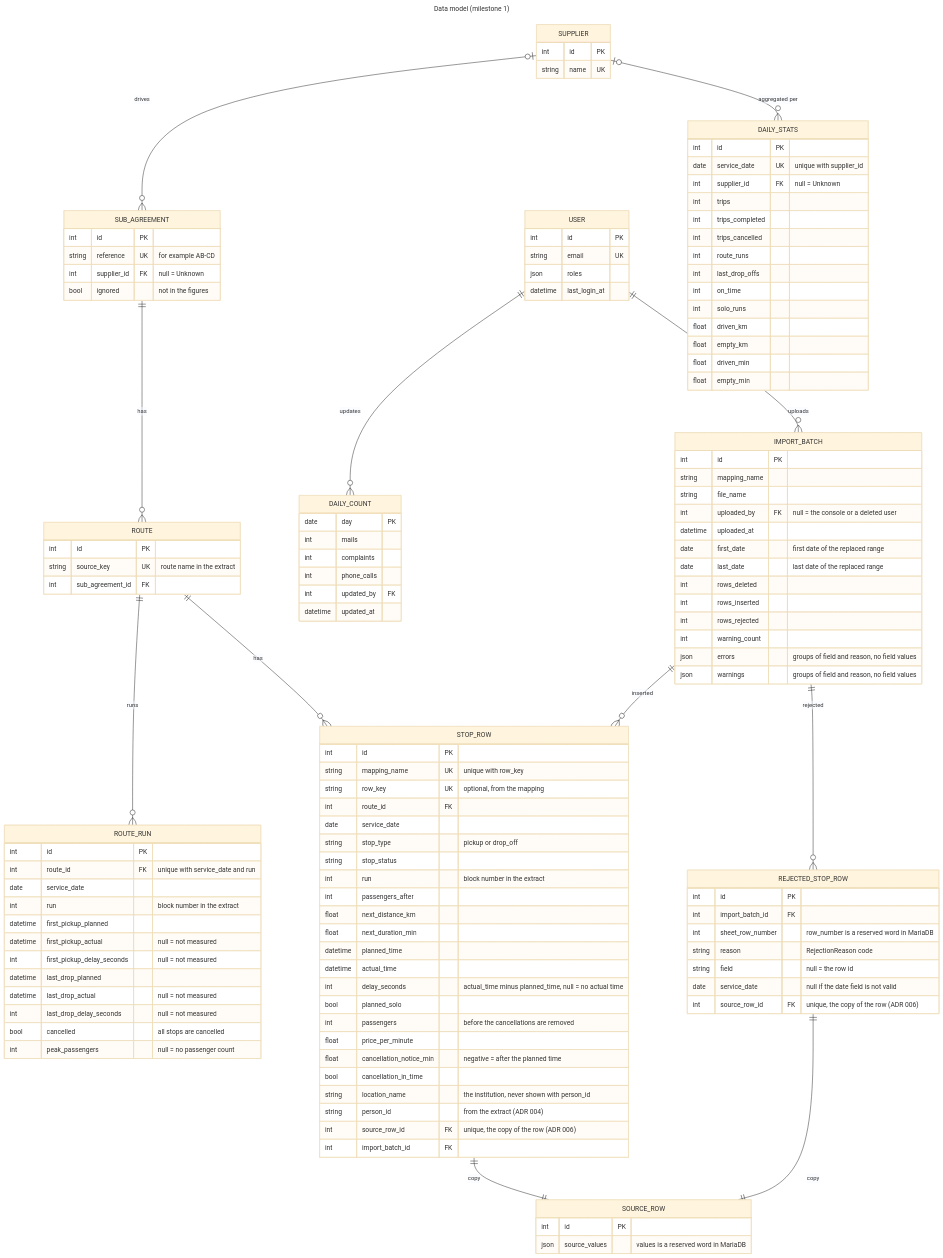
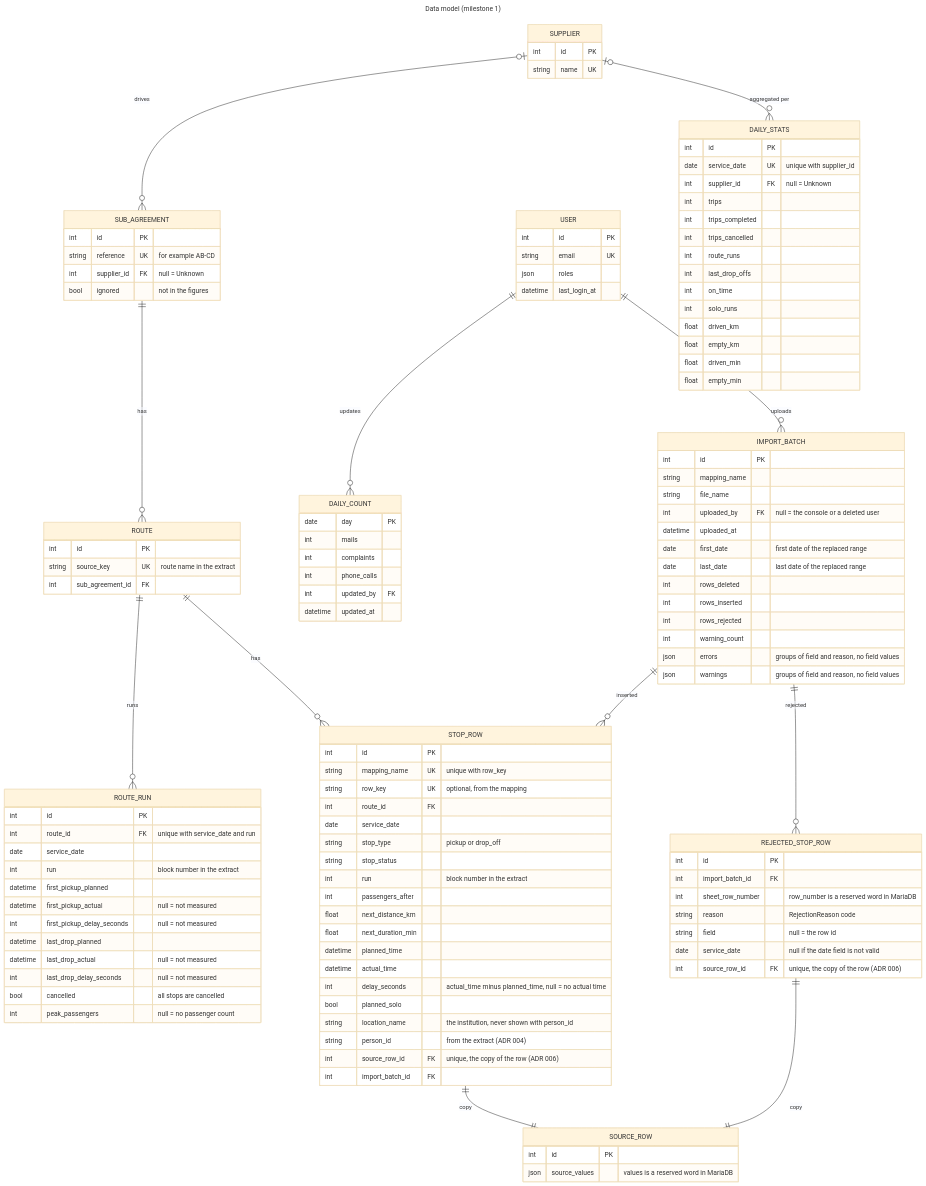
One commit to itk-dev/koerselsoverblik changed the fourth of 7 diagrams in docs/architecture.md. Above: the diagram before and after it, drawn with Mermaid (base theme). The commit also changed other lines of this file and 30 other files, not shown here.

```diff
--- a/docs/architecture.md
+++ b/docs/architecture.md
@@ -290,10 +290,6 @@
         datetime actual_time
         int delay_seconds "actual_time minus planned_time, null = no actual time"
         bool planned_solo
-        int passengers "before the cancellations are removed"
-        float price_per_minute
-        float cancellation_notice_min "negative = after the planned time"
-        bool cancellation_in_time
         string location_name "the institution, never shown with person_id"
         string person_id "from the extract (ADR 004)"
         int source_row_id FK "unique, the copy of the row (ADR 006)"
```
